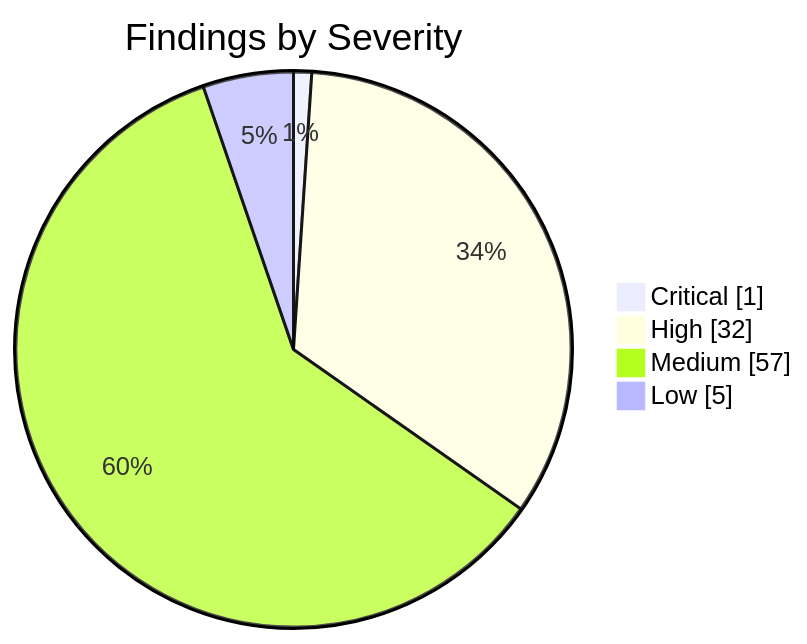
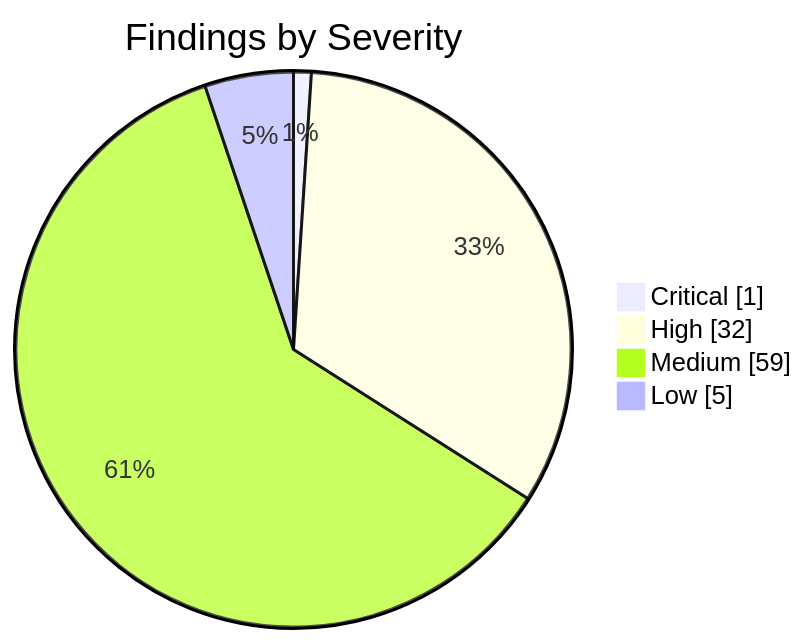
Before and after one commit to KBVE/kbve: the first of 2 diagrams in apps/kbve/astro-kbve/src/content/docs/dashboard/security.mdx, drawn with Mermaid. The commit also changed other lines of this file and 8 other files, not shown here.

````diff
--- a/apps/kbve/astro-kbve/src/content/docs/dashboard/security.mdx
+++ b/apps/kbve/astro-kbve/src/content/docs/dashboard/security.mdx
@@ -62,8 +62,8 @@
 ```mermaid
 pie showData
     title Findings by Severity
     "Critical" : 1
     "High" : 32
-    "Medium" : 57
+    "Medium" : 59
     "Low" : 5
 ```
````
